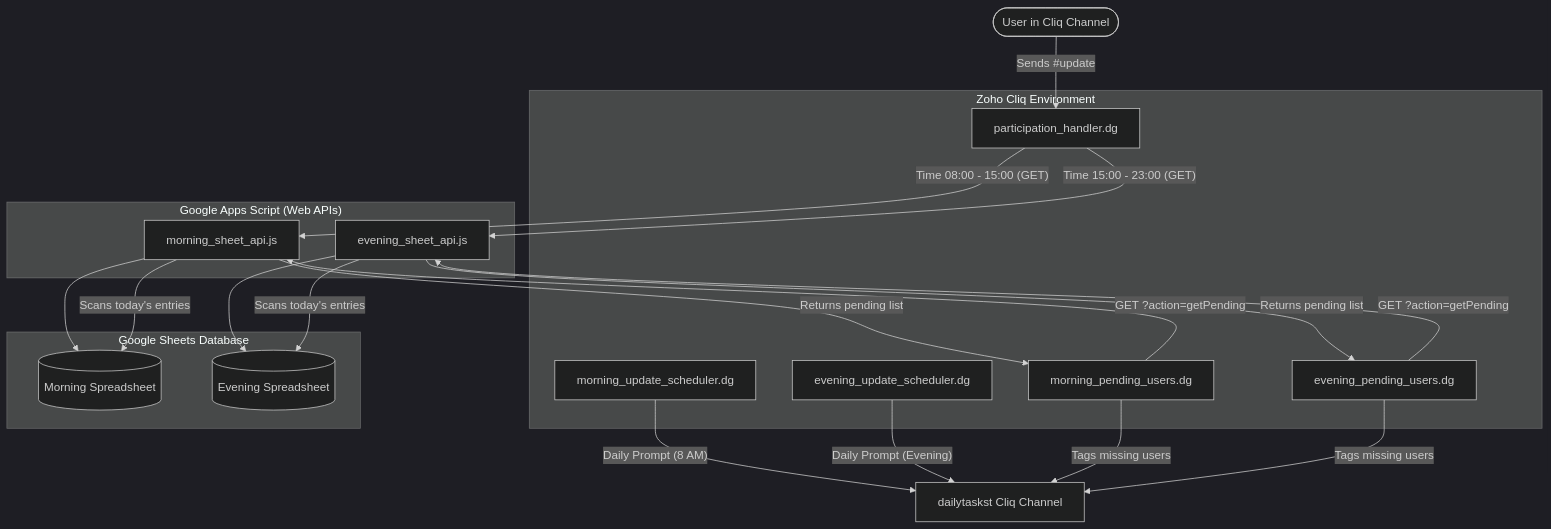
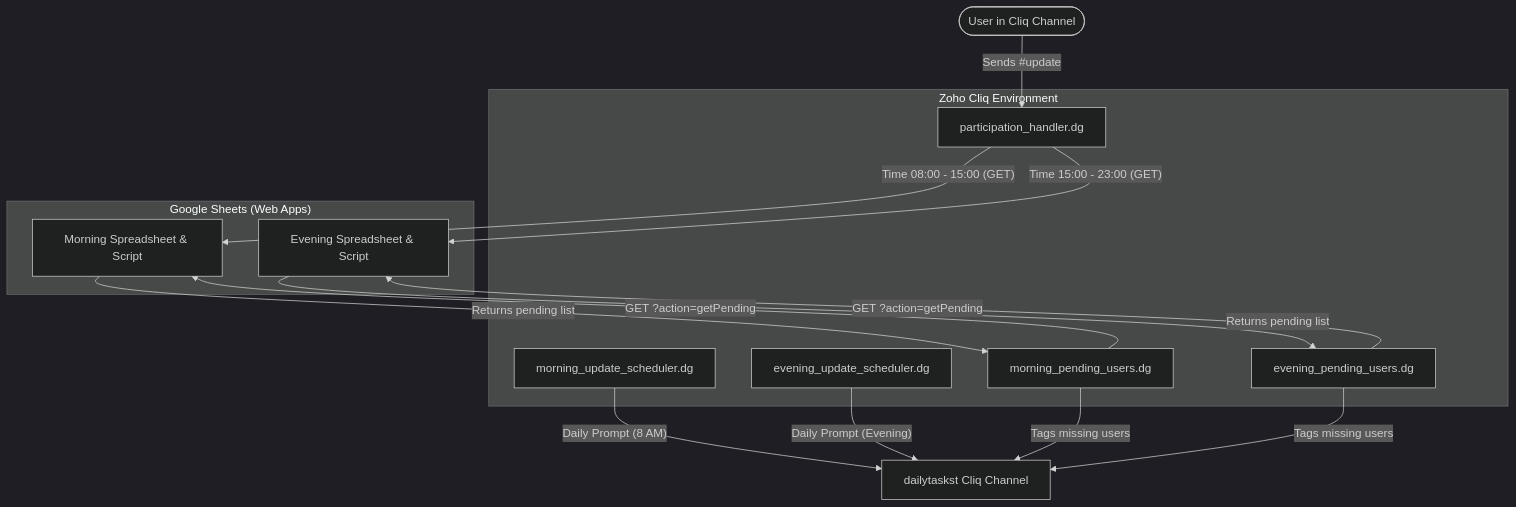
The diagram in README.md (Chandan-328/Zoho-Cliq-Bot), drawn with Mermaid (dark theme) before and after one commit. The commit also changed other lines of this file, not shown here.

Commit message:
Update README.md terminology to refer to Google Sheets

````diff
--- a/README.md
+++ b/README.md
@@ -11,45 +11,34 @@
 ```mermaid
 graph TD
     User([User in Cliq Channel]) -- "Sends #update <task>" --> Handler[participation_handler.dg]
     
     subgraph "Zoho Cliq Environment"
         Handler
         M_Sched[morning_update_scheduler.dg]
         E_Sched[evening_update_scheduler.dg]
         M_Pend[morning_pending_users.dg]
         E_Pend[evening_pending_users.dg]
     end
 
-    subgraph "Google Apps Script (Web APIs)"
-        M_Script[morning_sheet_api.js]
-        E_Script[evening_sheet_api.js]
-    end
-
-    subgraph "Google Sheets Database"
-        M_Sheet[(Morning Spreadsheet)]
-        E_Sheet[(Evening Spreadsheet)]
+    subgraph "Google Sheets (Web Apps)"
+        M_Sheet["Morning Spreadsheet & Script"]
+        E_Sheet["Evening Spreadsheet & Script"]
     end
 
     %% Routing updates
-    Handler -- "Time 08:00 - 15:00 (GET)" --> M_Script
-    Handler -- "Time 15:00 - 23:00 (GET)" --> E_Script
-
-    %% Logging updates
-    M_Script --> M_Sheet
-    E_Script --> E_Sheet
+    Handler -- "Time 08:00 - 15:00 (GET)" --> M_Sheet
+    Handler -- "Time 15:00 - 23:00 (GET)" --> E_Sheet
 
     %% Scheduled announcements
     M_Sched -- "Daily Prompt (8 AM)" --> Channel[dailytaskst Cliq Channel]
     E_Sched -- "Daily Prompt (Evening)" --> Channel
     
     %% Fetching & tagging pending
-    M_Pend -- "GET ?action=getPending" --> M_Script
-    M_Script -- "Scans today's entries" --> M_Sheet
-    M_Script -- "Returns pending list" --> M_Pend
+    M_Pend -- "GET ?action=getPending" --> M_Sheet
+    M_Sheet -- "Returns pending list" --> M_Pend
     M_Pend -- "Tags missing users" --> Channel
 
-    E_Pend -- "GET ?action=getPending" --> E_Script
-    E_Script -- "Scans today's entries" --> E_Sheet
-    E_Script -- "Returns pending list" --> E_Pend
+    E_Pend -- "GET ?action=getPending" --> E_Sheet
+    E_Sheet -- "Returns pending list" --> E_Pend
     E_Pend -- "Tags missing users" --> Channel
 ```
````
